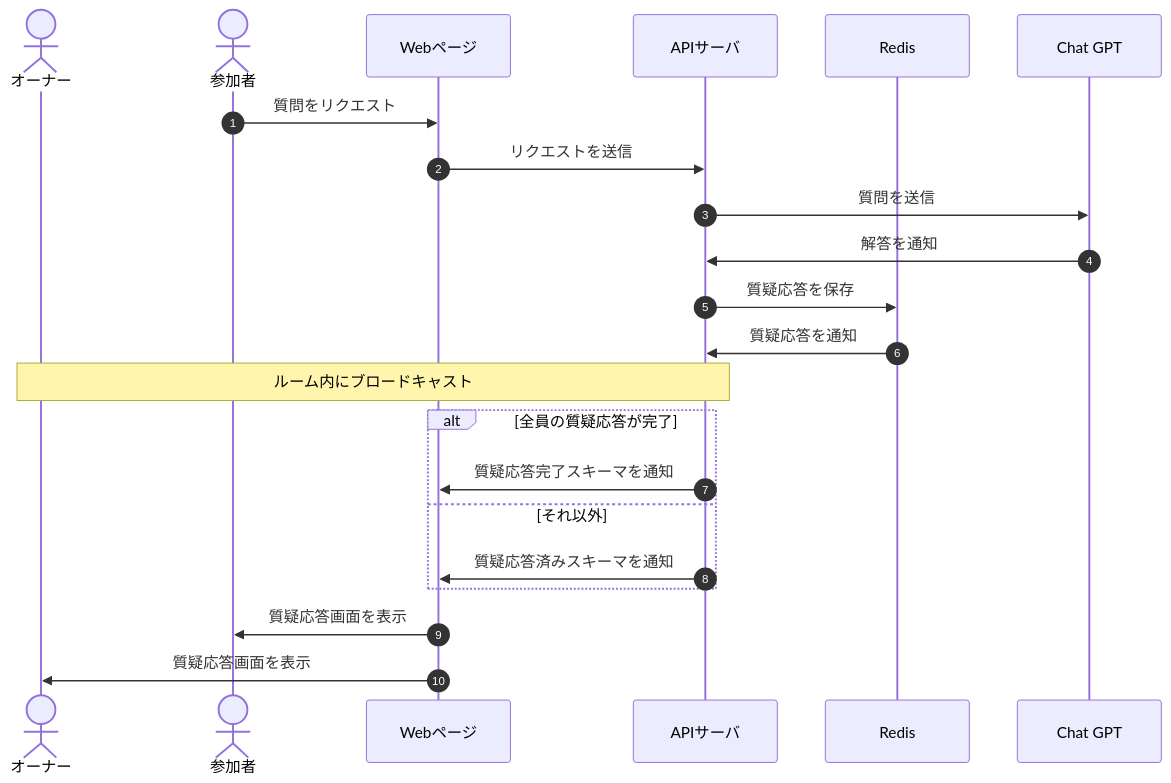
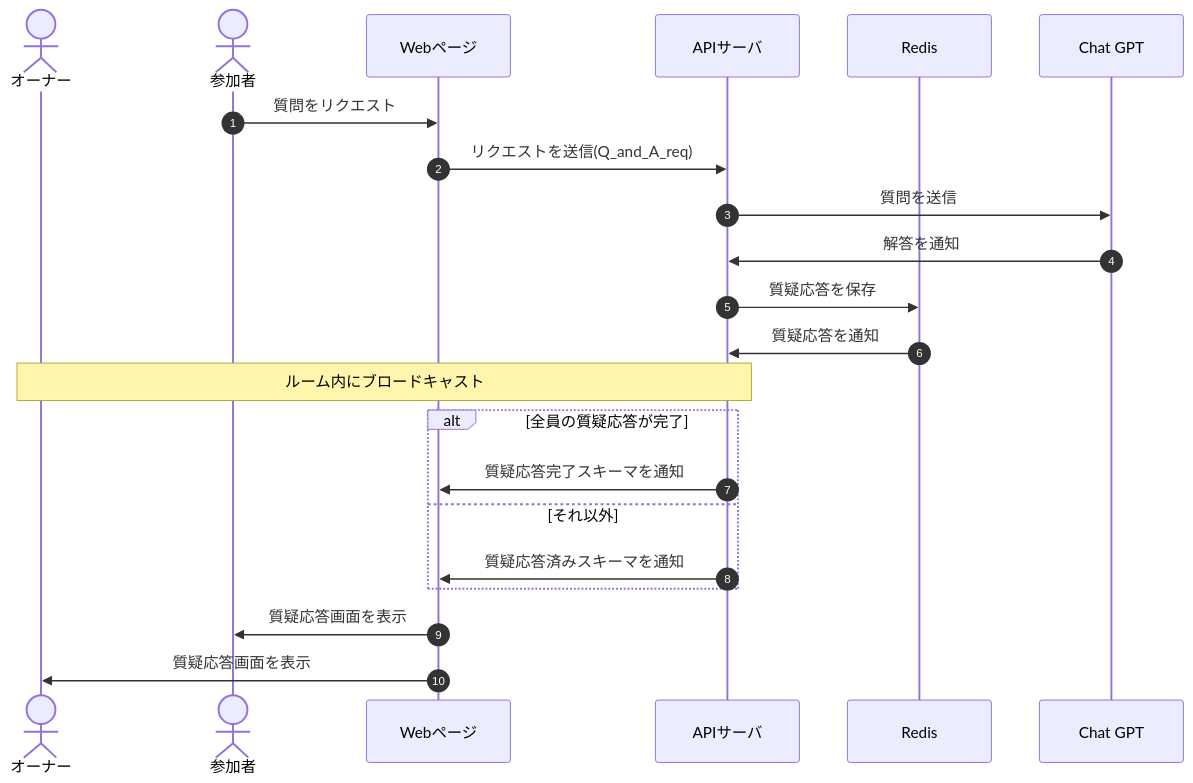
One commit to Tanakaryuki/chat_wolf changed the diagram in docs/DesignDog/09_質疑応答.md. Above: the diagram before and after it, drawn with Mermaid. The commit also changed other lines of this file and 29 other files, not shown here.

Commit message:
docs: 📄 fix Design Doc schema

````diff
--- a/docs/DesignDog/09_質疑応答.md
+++ b/docs/DesignDog/09_質疑応答.md
@@ -11,25 +11,25 @@
 ```mermaid
 sequenceDiagram
     autonumber
     actor owner as オーナー
     actor participants as 参加者
     participant front as Webページ
     participant api as APIサーバ
     participant db as Redis
     participant ai as Chat GPT
 
     participants->>front: 質問をリクエスト
-    front->>api: リクエストを送信
+    front->>api: リクエストを送信(Q_and_A_req)
     api->>ai: 質問を送信
     ai->>api: 解答を通知
     api->>db: 質疑応答を保存
     db->>api: 質疑応答を通知
     Note over owner,api: ルーム内にブロードキャスト
     alt 全員の質疑応答が完了
         api->>front: 質疑応答完了スキーマを通知
     else それ以外
         api->>front: 質疑応答済みスキーマを通知
     end
     front->>participants: 質疑応答画面を表示
     front->>owner: 質疑応答画面を表示
 ```
````
